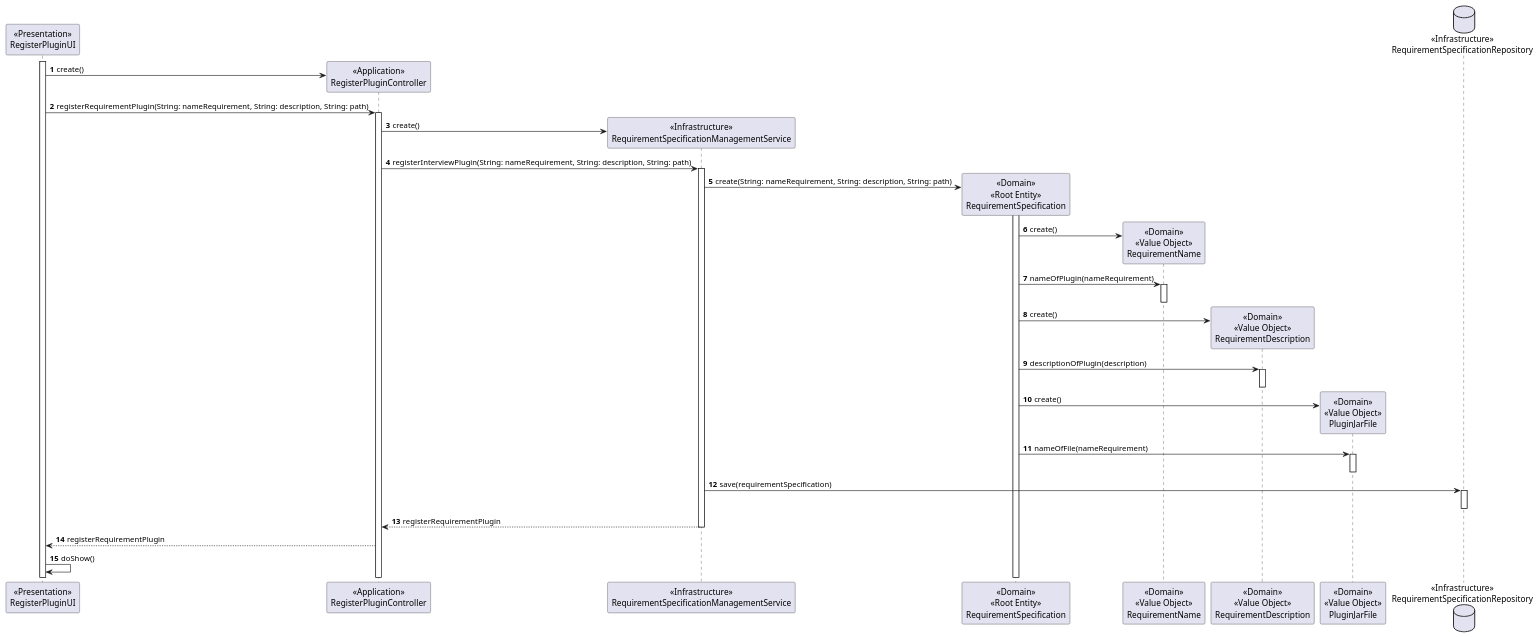
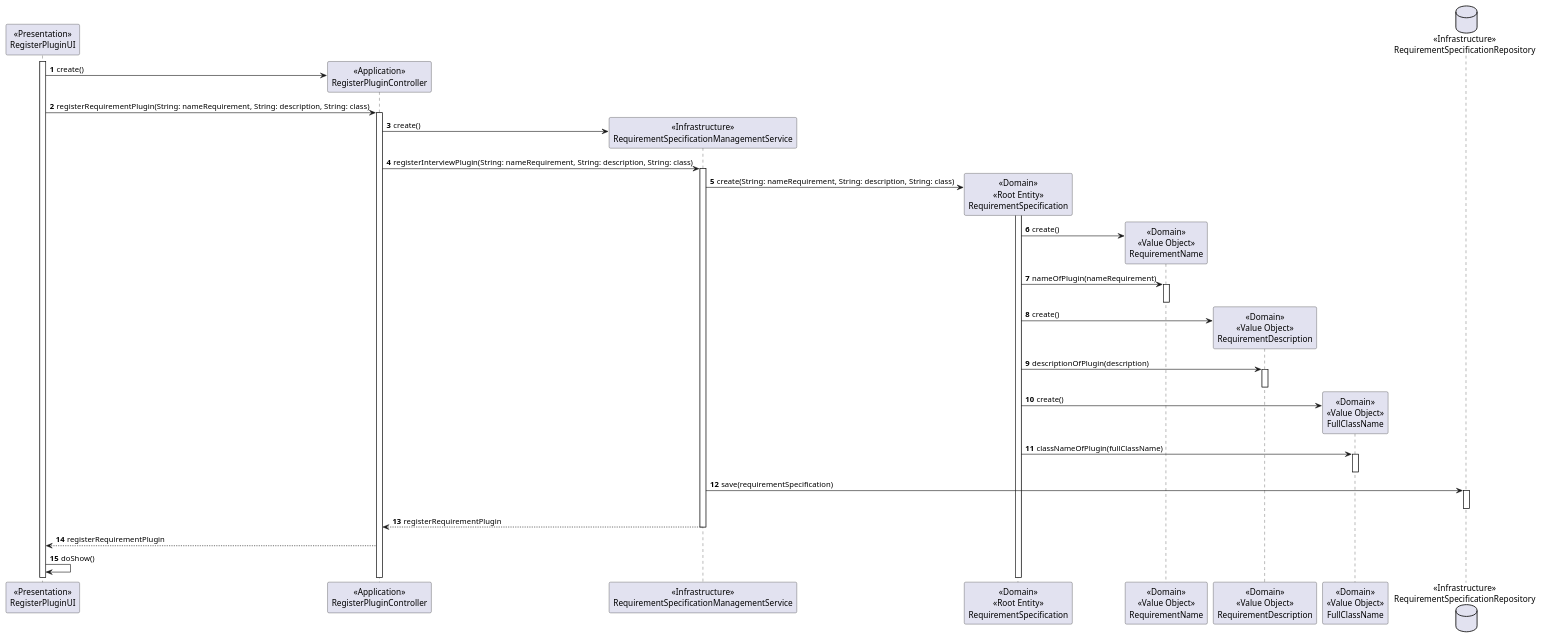
The diagram in docs/sb_us_1008/SD/Sequence-Diagram-Requirement.puml (rita-barbosa/LAPR4-2324), drawn with PlantUML before and after one commit. The commit also changed 5 other files, not shown here.

```diff
--- a/docs/sb_us_1008/SD/Sequence-Diagram-Requirement.puml
+++ b/docs/sb_us_1008/SD/Sequence-Diagram-Requirement.puml
@@ -1,72 +1,72 @@
 @startuml
 'https://plantuml.com/sequence-diagram
 
 autonumber
 skinparam sequenceMessageAlign left
 
 Participant "<<Presentation>>\nRegisterPluginUI" as UI
 Participant "<<Application>>\nRegisterPluginController" as CTRL
 Participant "<<Infrastructure>>\nRequirementSpecificationManagementService" as SERVICERS
 Participant "<<Domain>>\n<<Root Entity>>\nRequirementSpecification" as RS
 Participant "<<Domain>>\n<<Value Object>>\nRequirementName" as RSNAME
 Participant "<<Domain>>\n<<Value Object>>\nRequirementDescription" as RSDESC
-Participant "<<Domain>>\n<<Value Object>>\nPluginJarFile" as RSPLUGIN
+Participant "<<Domain>>\n<<Value Object>>\nFullClassName" as RSPLUGIN
 Database "<<Infrastructure>>\nRequirementSpecificationRepository" as RSREPO
 
 Activate UI
 
     UI -> CTRL**: create()
 
-    UI -> CTRL: registerRequirementPlugin(String: nameRequirement, String: description, String: path)
+    UI -> CTRL: registerRequirementPlugin(String: nameRequirement, String: description, String: class)
 
     Activate CTRL
 
     CTRL -> SERVICERS**: create()
 
-    CTRL -> SERVICERS: registerInterviewPlugin(String: nameRequirement, String: description, String: path)
+    CTRL -> SERVICERS: registerInterviewPlugin(String: nameRequirement, String: description, String: class)
 
     Activate SERVICERS
 
-    SERVICERS -> RS**: create(String: nameRequirement, String: description, String: path)
+    SERVICERS -> RS**: create(String: nameRequirement, String: description, String: class)
 
     Activate RS
 
     RS -> RSNAME**: create()
 
     RS -> RSNAME: nameOfPlugin(nameRequirement)
 
     Activate RSNAME
 
     Deactivate RSNAME
 
     RS -> RSDESC**: create()
 
     RS -> RSDESC: descriptionOfPlugin(description)
 
     Activate RSDESC
 
     Deactivate RSDESC
 
     RS -> RSPLUGIN**: create()
 
-    RS -> RSPLUGIN: nameOfFile(nameRequirement)
+    RS -> RSPLUGIN: classNameOfPlugin(fullClassName)
 
     Activate RSPLUGIN
 
     Deactivate RSPLUGIN
 
     SERVICERS -> RSREPO: save(requirementSpecification)
 
     Activate RSREPO
 
     Deactivate RSREPO
 
     SERVICERS --> CTRL: registerRequirementPlugin
 
     Deactivate SERVICERS
 
     CTRL --> UI: registerRequirementPlugin
 
     UI -> UI: doShow()
 
 @enduml
```
